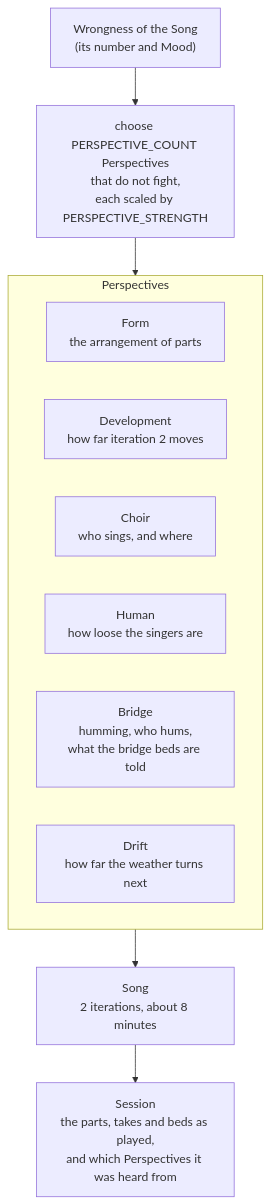
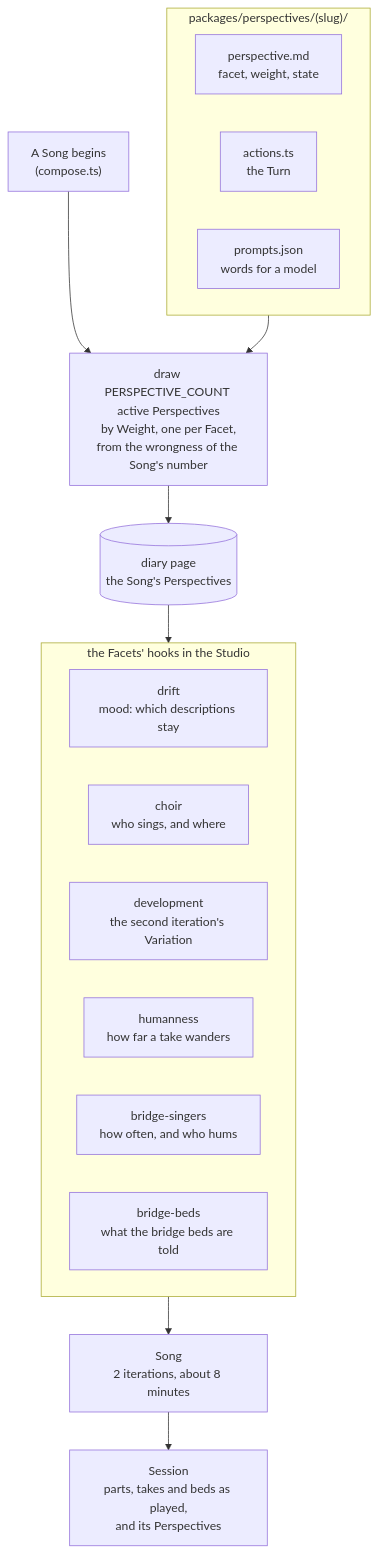
Before and after one commit to unkhz/ikuradio: the diagram in plans/2026-11-13-perspectives.md, drawn with Mermaid. The commit also changed other lines of this file, not shown here.

First line of the commit message:
Ground the Perspectives in the Studio's code

````diff
--- a/plans/2026-11-13-perspectives.md
+++ b/plans/2026-11-13-perspectives.md
@@ -82,17 +107,25 @@
 ```mermaid
 flowchart TD
-  Wrongness["Wrongness of the Song<br/>(its number and Mood)"] --> Choose["choose PERSPECTIVE_COUNT Perspectives<br/>that do not fight,<br/>each scaled by PERSPECTIVE_STRENGTH"]
+  Begins["A Song begins<br/>(compose.ts)"] --> Draw["draw PERSPECTIVE_COUNT active Perspectives<br/>by Weight, one per Facet,<br/>from the wrongness of the Song's number"]
+  Draw --> Diary[("diary page<br/>the Song's Perspectives")]
 
-  subgraph Perspectives
-    Form["Form<br/>the arrangement of parts"]
-    Development["Development<br/>how far iteration 2 moves"]
-    Choir["Choir<br/>who sings, and where"]
-    Human["Human<br/>how loose the singers are"]
-    Bridge["Bridge<br/>humming, who hums,<br/>what the bridge beds are told"]
-    Drift["Drift<br/>how far the weather turns next"]
+  subgraph Records["packages/perspectives/(slug)/"]
+    Record["perspective.md<br/>facet, weight, state"]
+    Actions["actions.ts<br/>the Turn"]
+    Prompts["prompts.json<br/>words for a model"]
+  end
+  Records --> Draw
+
+  Diary --> Hooks
+  subgraph Hooks["the Facets' hooks in the Studio"]
+    Drift["drift<br/>mood: which descriptions stay"]
+    Choir["choir<br/>who sings, and where"]
+    Development["development<br/>the second iteration's Variation"]
+    Humanness["humanness<br/>how far a take wanders"]
+    BridgeSingers["bridge-singers<br/>how often, and who hums"]
+    BridgeBeds["bridge-beds<br/>what the bridge beds are told"]
   end
 
-  Choose --> Perspectives
-  Perspectives --> Song["Song<br/>2 iterations, about 8 minutes"]
-  Song --> Session["Session<br/>the parts, takes and beds as played,<br/>and which Perspectives it was heard from"]
+  Hooks --> Song["Song<br/>2 iterations, about 8 minutes"]
+  Song --> Session["Session<br/>parts, takes and beds as played,<br/>and its Perspectives"]
 ```
````
